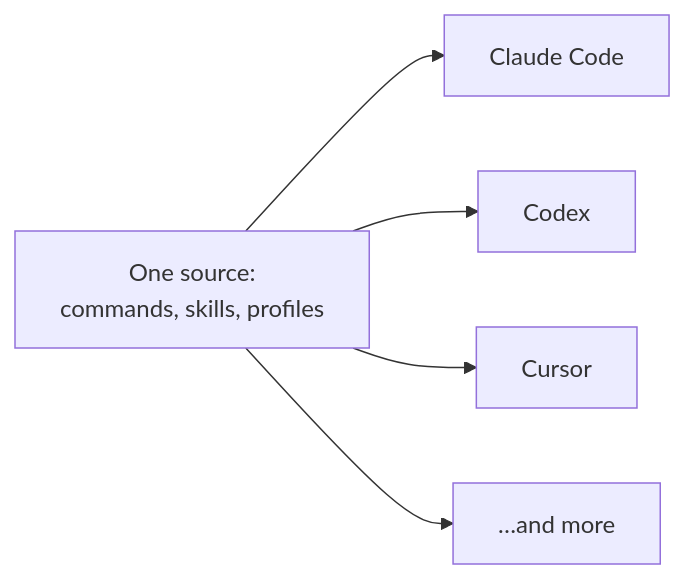
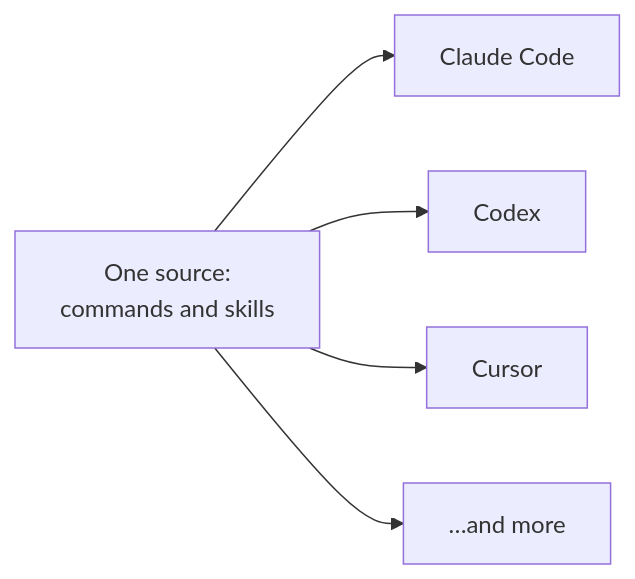
The fourth of 4 diagrams in docs/presentations/spec-kitty-first-mission.md (sddevelopment-be/socratesbe_26_secondbrain), drawn with Mermaid before and after one commit. The commit also changed other lines of this file and 2 other files, not shown here.

First line of the commit message:
docs(presentations): fold the review squad's findings into the Spec Kitty deck

````diff
--- a/docs/presentations/spec-kitty-first-mission.md
+++ b/docs/presentations/spec-kitty-first-mission.md
@@ -223,9 +214,9 @@
 ```mermaid
-%% title: One source, many agent harnesses
-%% description: Spec Kitty renders its commands, skills and profiles from one shared source into the format each agent harness expects, such as Claude Code, Codex and Cursor.
+%% title: One source, many coding agents
+%% description: Spec Kitty renders its commands and skills from one shared source into the format each coding agent expects, such as Claude Code, Codex and Cursor.
 flowchart LR
-  SRC["One source:<br/>commands, skills, profiles"] --> CC[Claude Code]
+  SRC["One source:<br/>commands and skills"] --> CC[Claude Code]
   SRC --> CX[Codex]
   SRC --> CU[Cursor]
   SRC --> MORE["…and more"]
 ```
````
